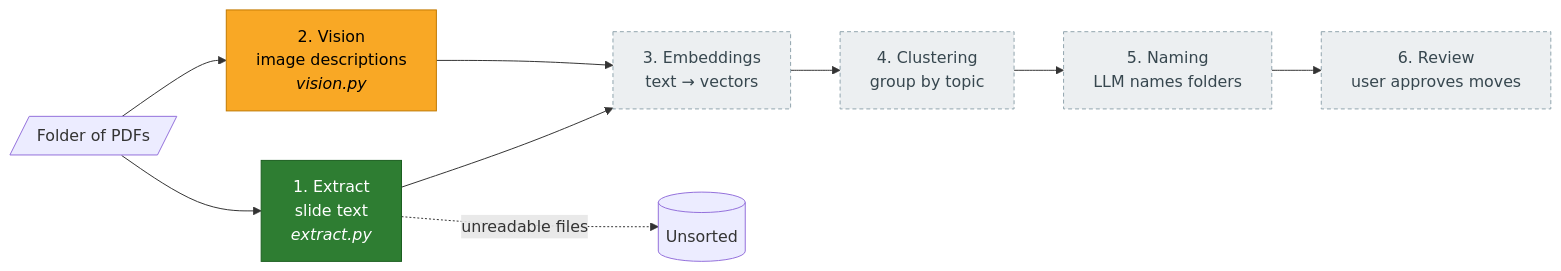
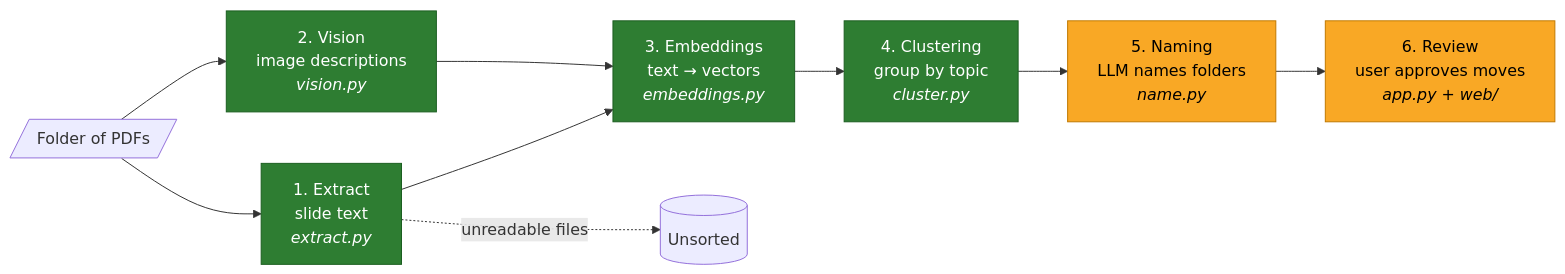
The diagram in README.md (rayyan429/folio), drawn with Mermaid before and after one commit. The commit also changed other lines of this file, not shown here.

Commit message:
Update README progress: embeddings and clustering done

````diff
--- a/README.md
+++ b/README.md
@@ -20,25 +20,24 @@
 ```mermaid
 flowchart LR
     PDF[/"Folder of PDFs"/]
     E["1. Extract<br/>slide text<br/><i>extract.py</i>"]
     V["2. Vision<br/>image descriptions<br/><i>vision.py</i>"]
-    EM["3. Embeddings<br/>text → vectors"]
-    C["4. Clustering<br/>group by topic"]
-    N["5. Naming<br/>LLM names folders"]
-    R["6. Review<br/>user approves moves"]
+    EM["3. Embeddings<br/>text → vectors<br/><i>embeddings.py</i>"]
+    C["4. Clustering<br/>group by topic<br/><i>cluster.py</i>"]
+    N["5. Naming<br/>LLM names folders<br/><i>name.py</i>"]
+    R["6. Review<br/>user approves moves<br/><i>app.py + web/</i>"]
     U[("Unsorted")]
 
     PDF --> E
     PDF --> V
     E --> EM
     V --> EM
     EM --> C --> N --> R
     E -. "unreadable files" .-> U
 
     classDef done fill:#2e7d32,stroke:#1b5e20,color:#ffffff
     classDef wip fill:#f9a825,stroke:#c17900,color:#000000
     classDef todo fill:#eceff1,stroke:#90a4ae,color:#37474f,stroke-dasharray: 4 3
-    class E done
-    class V wip
-    class EM,C,N,R todo
+    class E,V,EM,C done
+    class N,R wip
 ```
````
